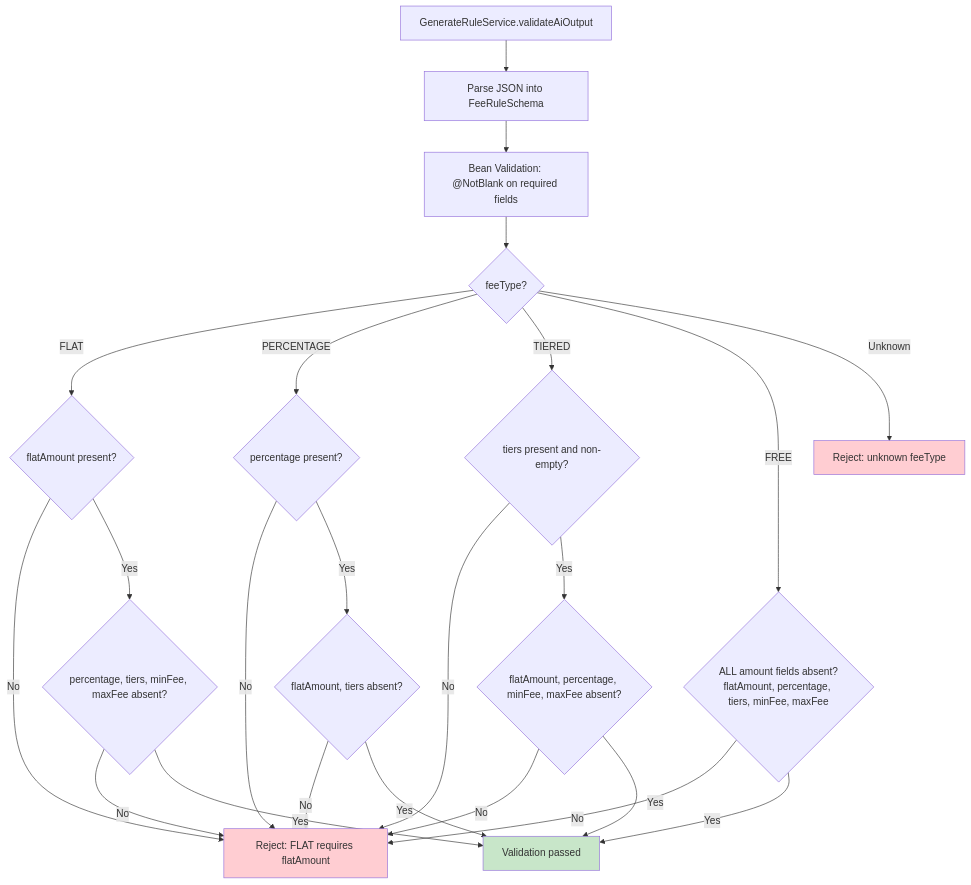
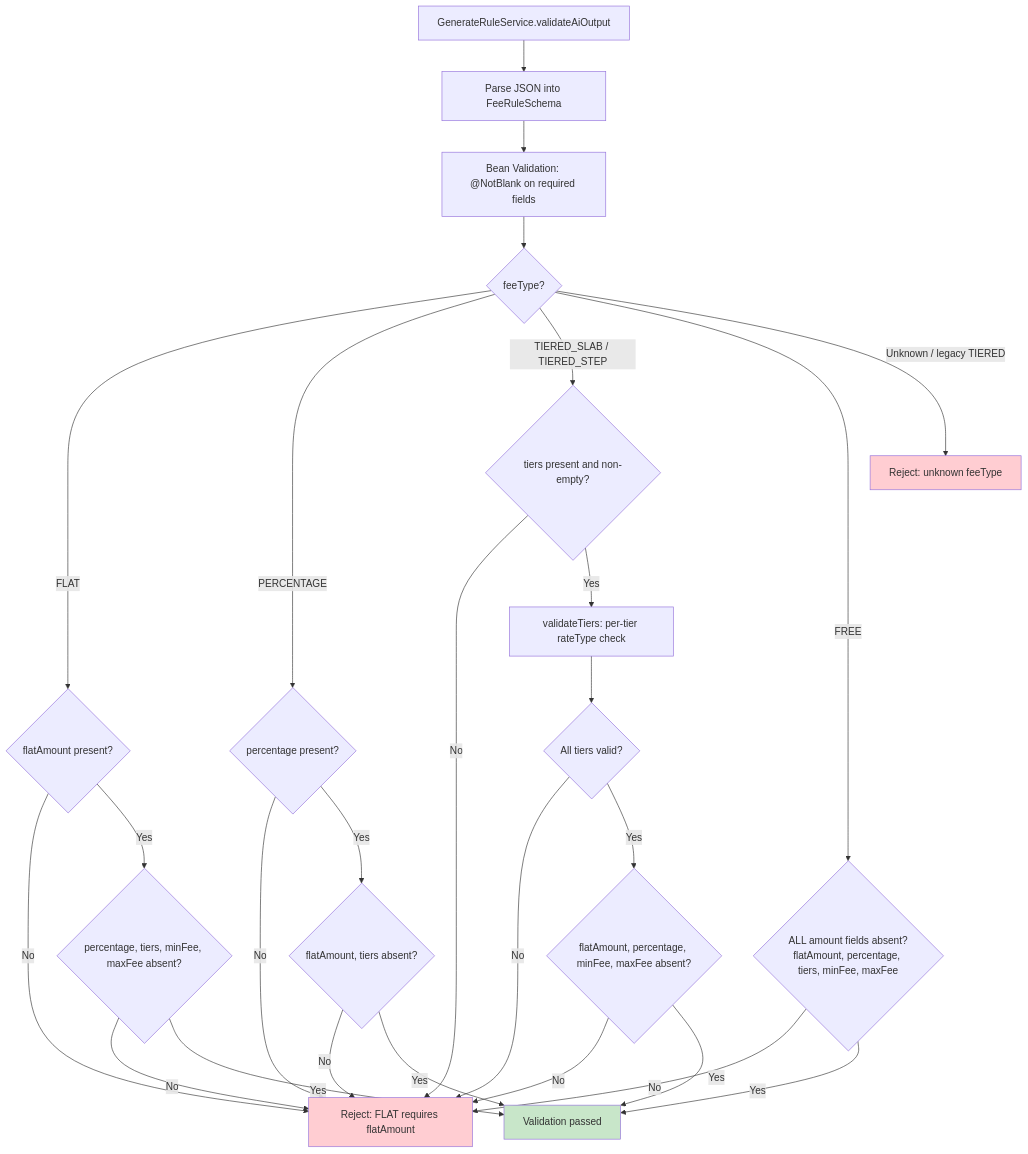
The third of 13 diagrams in docs/flow-diagrams.md (Wongsawat/fee-engine-ai-assistant), drawn with Mermaid before and after one commit. The commit also changed other lines of this file and 1 other file, not shown here.

Commit message:
docs: update README and flow diagrams for TIERED_SLAB/TIERED_STEP fee types

````diff
--- a/docs/flow-diagrams.md
+++ b/docs/flow-diagrams.md
@@ -140,34 +140,37 @@
 ```mermaid
 flowchart TD
     A[GenerateRuleService.validateAiOutput] --> B[Parse JSON into FeeRuleSchema]
     B --> C[Bean Validation: @NotBlank on required fields]
     C --> D{feeType?}
 
     D -->|FLAT| E{flatAmount present?}
     E -->|No| F[Reject: FLAT requires flatAmount]
     E -->|Yes| G{percentage, tiers, minFee, maxFee absent?}
     G -->|No| F
     G -->|Yes| Z[Validation passed]
 
     D -->|PERCENTAGE| H{percentage present?}
     H -->|No| F
     H -->|Yes| I{flatAmount, tiers absent?}
     I -->|No| F
     I -->|Yes| Z
 
-    D -->|TIERED| J{tiers present and non-empty?}
+    D -->|TIERED_SLAB / TIERED_STEP| J{tiers present and non-empty?}
     J -->|No| F
-    J -->|Yes| K{flatAmount, percentage, minFee, maxFee absent?}
+    J -->|Yes| J2[validateTiers: per-tier rateType check]
+    J2 --> J3{All tiers valid?}
+    J3 -->|No| F
+    J3 -->|Yes| K{flatAmount, percentage, minFee, maxFee absent?}
     K -->|No| F
     K -->|Yes| Z
 
     D -->|FREE| L{ALL amount fields absent?<br/>flatAmount, percentage, tiers, minFee, maxFee}
     L -->|No| F
     L -->|Yes| Z
 
-    D -->|Unknown| M[Reject: unknown feeType]
+    D -->|Unknown / legacy TIERED| M[Reject: unknown feeType]
 
     style F fill:#ffcdd2
     style Z fill:#c8e6c9
     style M fill:#ffcdd2
 ```
````
